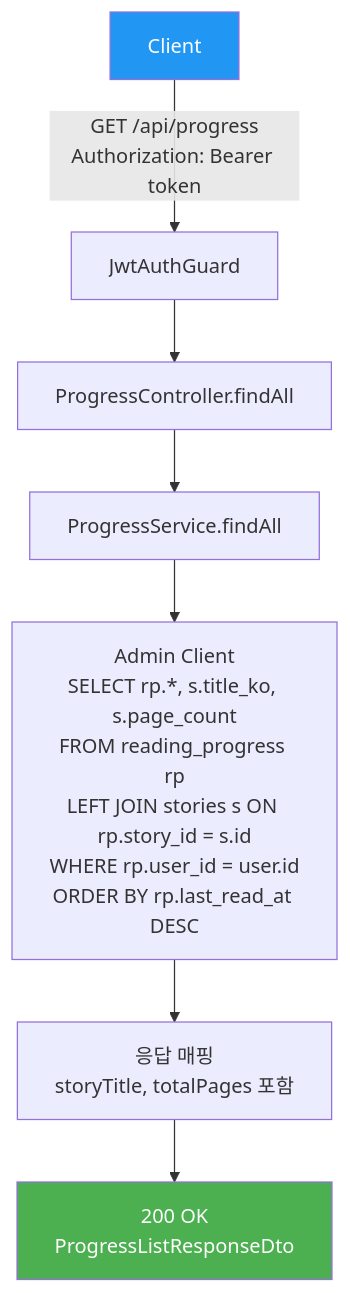
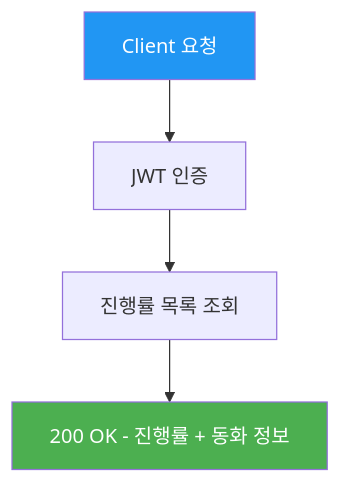
Before and after one commit to youngkim90/ddukddak-api: the first of 6 diagrams in docs/api/progress-api.md, drawn with Mermaid. The commit also changed other lines of this file and 5 other files, not shown here.

First line of the commit message:
docs: simplify flowcharts with dual API/code flow structure

````diff
--- a/docs/api/progress-api.md
+++ b/docs/api/progress-api.md
@@ -23,12 +23,9 @@
 ```mermaid
 flowchart TD
-    A[Client] -->|"GET /api/progress<br/>Authorization: Bearer token"| B[JwtAuthGuard]
-    B --> C[ProgressController.findAll]
-    C --> D[ProgressService.findAll]
-    D --> E["Admin Client<br/>SELECT rp.*, s.title_ko, s.page_count<br/>FROM reading_progress rp<br/>LEFT JOIN stories s ON rp.story_id = s.id<br/>WHERE rp.user_id = user.id<br/>ORDER BY rp.last_read_at DESC"]
-    E --> F["응답 매핑<br/>storyTitle, totalPages 포함"]
-    F --> G["200 OK<br/>ProgressListResponseDto"]
+    A[Client 요청] --> B[JWT 인증]
+    B --> C[진행률 목록 조회]
+    C --> D[200 OK - 진행률 + 동화 정보]
 
     style A fill:#2196f3,color:#fff
-    style G fill:#4caf50,color:#fff
+    style D fill:#4caf50,color:#fff
 ```
````
